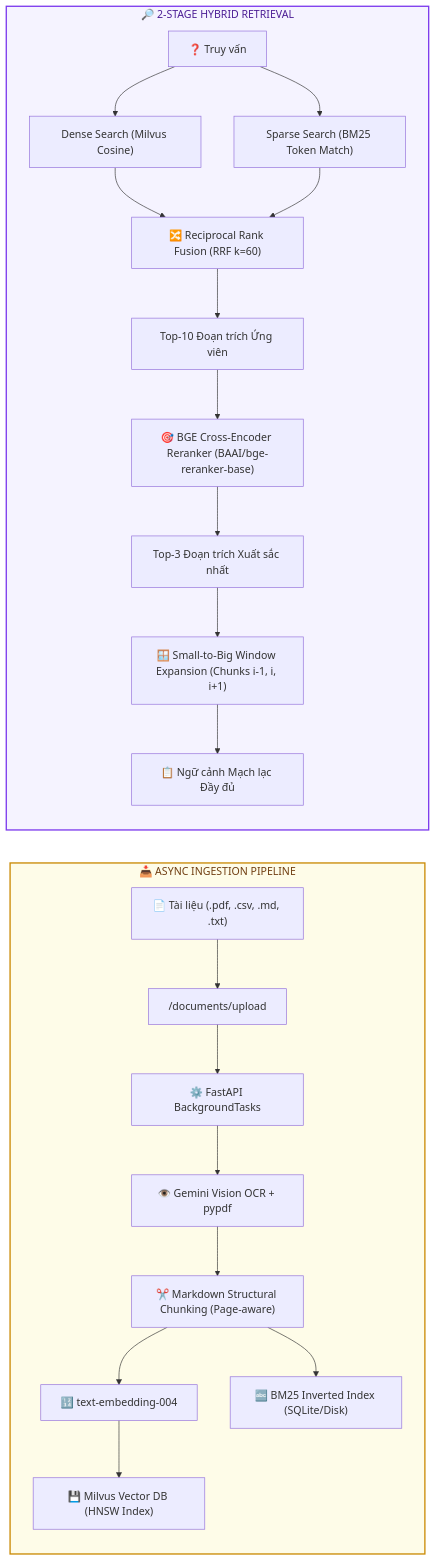
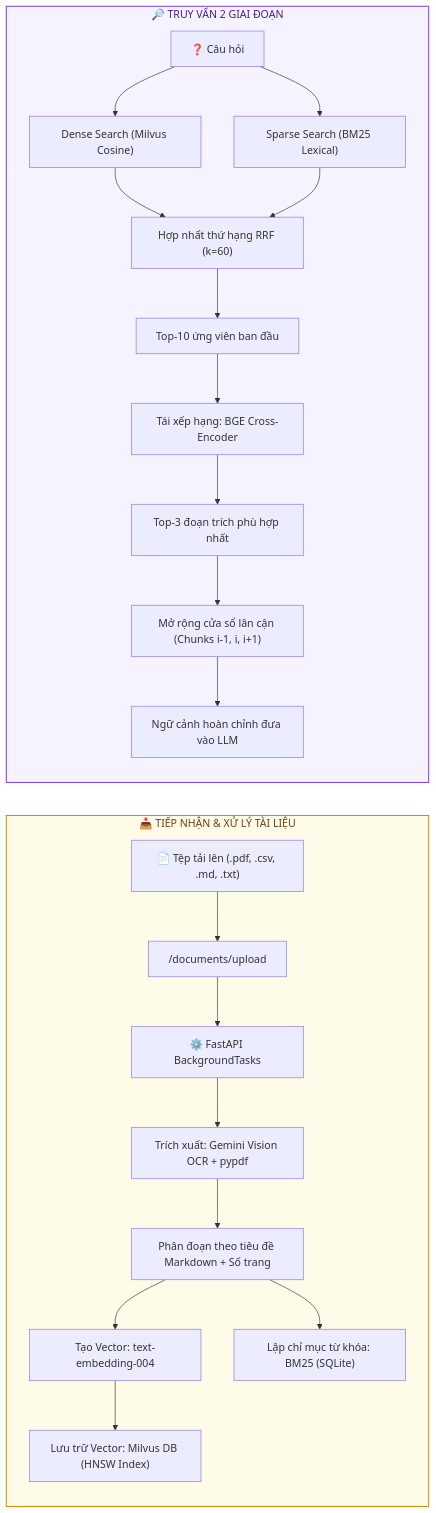
Before and after one commit to NguyenVietNguyen2612/ai_documents_assistant: the second of 2 diagrams in README.md, drawn with Mermaid. The commit also changed other lines of this file, not shown here.

````diff
--- a/README.md
+++ b/README.md
@@ -115,27 +119,27 @@
 ```mermaid
 flowchart LR
-    subgraph Ingestion ["📥 ASYNC INGESTION PIPELINE"]
-        File["📄 Tài liệu (.pdf, .csv, .md, .txt)"] --> DocRoute["/documents/upload"]
+    subgraph Ingestion ["📥 TIẾP NHẬN & XỬ LÝ TÀI LIỆU"]
+        File["📄 Tệp tải lên (.pdf, .csv, .md, .txt)"] --> DocRoute["/documents/upload"]
         DocRoute --> BG["⚙️ FastAPI BackgroundTasks"]
-        BG --> Extract["👁️ Gemini Vision OCR + pypdf"]
-        Extract --> Chunking["✂️ Markdown Structural Chunking (Page-aware)"]
-        Chunking --> Embed["🔢 text-embedding-004"]
-        Chunking --> BM25_Idx["🔤 BM25 Inverted Index (SQLite/Disk)"]
-        Embed --> Milvus_Idx["💾 Milvus Vector DB (HNSW Index)"]
+        BG --> Extract["Trích xuất: Gemini Vision OCR + pypdf"]
+        Extract --> Chunking["Phân đoạn theo tiêu đề Markdown + Số trang"]
+        Chunking --> Embed["Tạo Vector: text-embedding-004"]
+        Chunking --> BM25_Idx["Lập chỉ mục từ khóa: BM25 (SQLite)"]
+        Embed --> Milvus_Idx["Lưu trữ Vector: Milvus DB (HNSW Index)"]
     end
 
-    subgraph Retrieval ["🔎 2-STAGE HYBRID RETRIEVAL"]
-        Query["❓ Truy vấn"] --> Dense["Dense Search (Milvus Cosine)"]
-        Query --> Sparse["Sparse Search (BM25 Token Match)"]
-        Dense --> RRF["🔀 Reciprocal Rank Fusion (RRF k=60)"]
+    subgraph Retrieval ["🔎 TRUY VẤN 2 GIAI ĐOẠN"]
+        Query["❓ Câu hỏi"] --> Dense["Dense Search (Milvus Cosine)"]
+        Query --> Sparse["Sparse Search (BM25 Lexical)"]
+        Dense --> RRF["Hợp nhất thứ hạng RRF (k=60)"]
         Sparse --> RRF
-        RRF --> Candidates["Top-10 Đoạn trích Ứng viên"]
-        Candidates --> Rerank["🎯 BGE Cross-Encoder Reranker (BAAI/bge-reranker-base)"]
-        Rerank --> TopK["Top-3 Đoạn trích Xuất sắc nhất"]
-        TopK --> WinExp["🪟 Small-to-Big Window Expansion (Chunks i-1, i, i+1)"]
-        WinExp --> FinalContext["📋 Ngữ cảnh Mạch lạc Đầy đủ"]
+        RRF --> Candidates["Top-10 ứng viên ban đầu"]
+        Candidates --> Rerank["Tái xếp hạng: BGE Cross-Encoder"]
+        Rerank --> TopK["Top-3 đoạn trích phù hợp nhất"]
+        TopK --> WinExp["Mở rộng cửa sổ lân cận (Chunks i-1, i, i+1)"]
+        WinExp --> FinalContext["Ngữ cảnh hoàn chỉnh đưa vào LLM"]
     end
 
-    style Ingestion fill:#fefce8,stroke:#ca8a04,stroke-width:2px,color:#713f12
-    style Retrieval fill:#f5f3ff,stroke:#7c3aed,stroke-width:2px,color:#4c1d95
+    style Ingestion fill:#fefce8,stroke:#ca8a04,stroke-width:1.5px,color:#713f12
+    style Retrieval fill:#f5f3ff,stroke:#7c3aed,stroke-width:1.5px,color:#4c1d95
 ```
````
